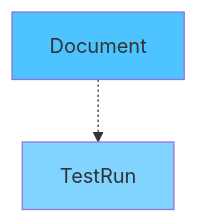
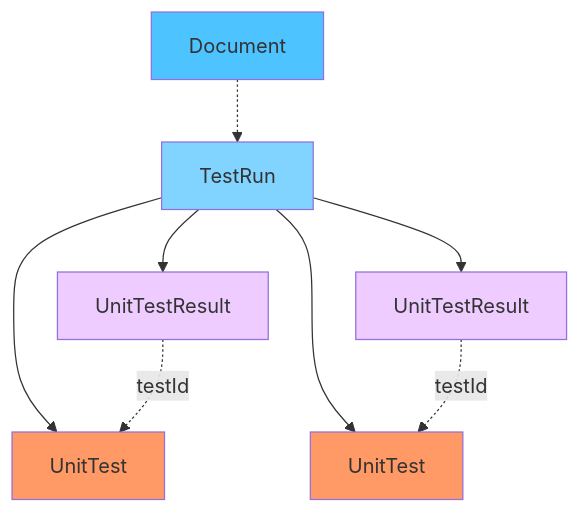
The diagram in doc/Unittesting/TRXDataModel.rst (edaa-org/pyEDAA.Reports), drawn with Mermaid before and after one commit. The commit also changed other lines of this file and 4 other files, not shown here.

```diff
--- a/doc/Unittesting/TRXDataModel.rst
+++ b/doc/Unittesting/TRXDataModel.rst
@@ -19,10 +21,22 @@
       .. mermaid::
 
          graph TD;
            doc[Document]
            run[TestRun]
+           ut1[UnitTest]
+           ut2[UnitTest]
+           res1[UnitTestResult]
+           res2[UnitTestResult]
 
            doc:::root -.-> run:::summary
+           run --> ut1:::cls
+           run --> ut2:::cls
+           run --> res1:::case
+           run --> res2:::case
+           res1 -. testId .-> ut1
+           res2 -. testId .-> ut2
 
            classDef root fill:#4dc3ff
            classDef summary fill:#80d4ff
+           classDef cls fill:#ff9966
+           classDef case fill:#eeccff
```
